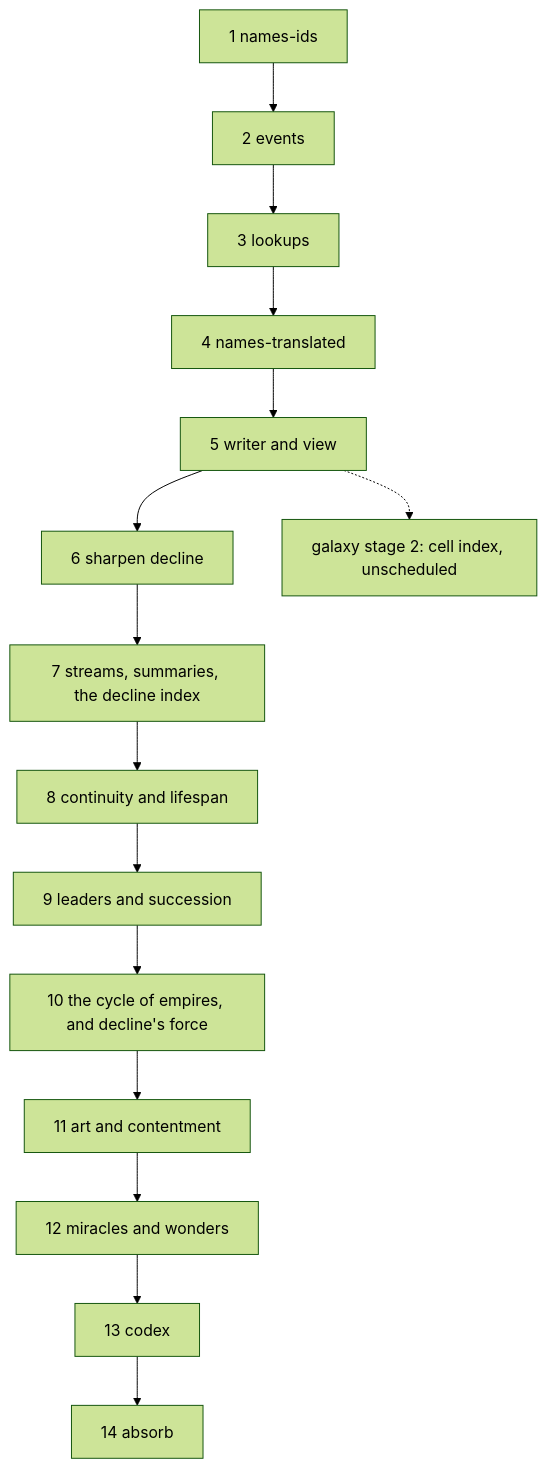
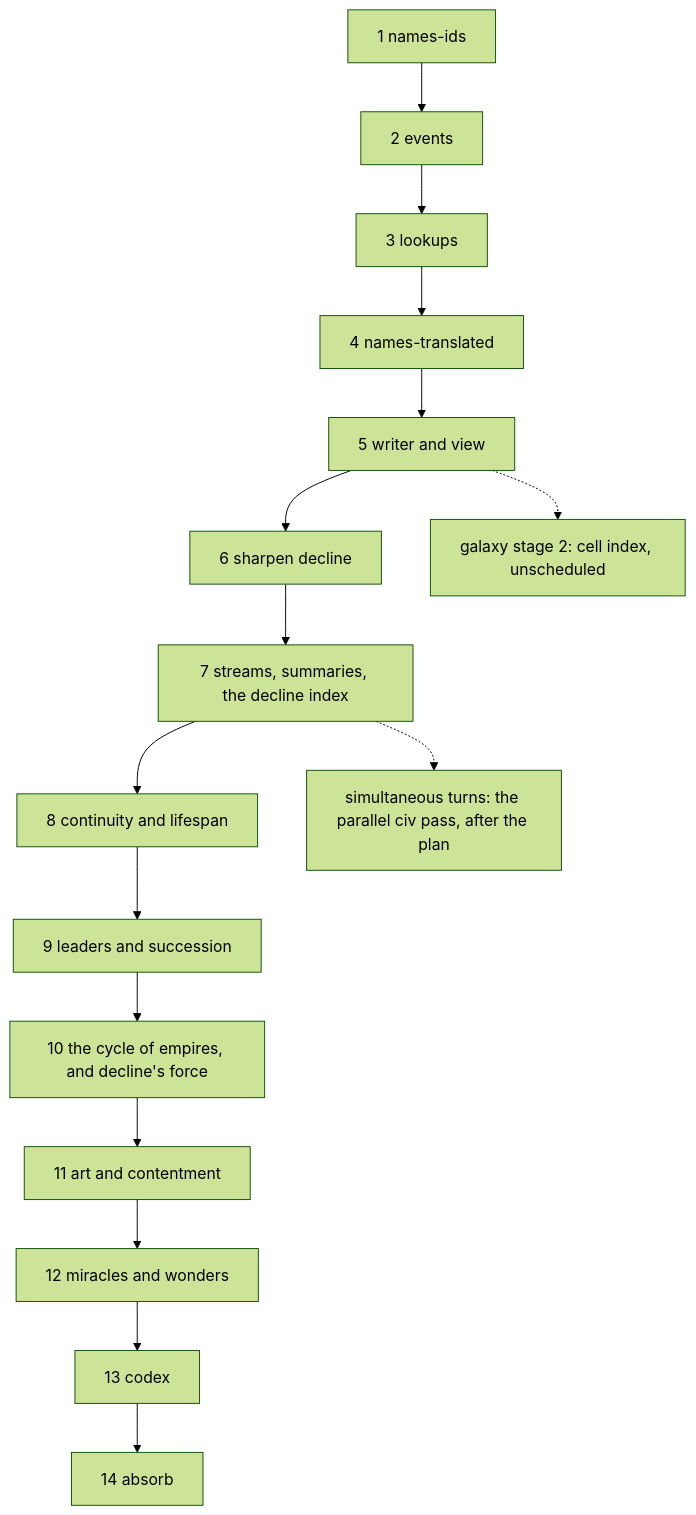
The diagram in specs/plan.md (aulme/older-than-their-sun), drawn with Mermaid (forest theme) before and after one commit. The commit also changed other lines of this file and 1 other file, not shown here.

First line of the commit message:
The parallel civ steps, measured and not taken

````diff
--- a/specs/plan.md
+++ b/specs/plan.md
@@ -10,17 +10,18 @@
 ```mermaid
 flowchart TD
   N1[1 names-ids] --> S1[2 events]
   S1 --> S2[3 lookups]
   S2 --> N2[4 names-translated]
   N2 --> S3[5 writer and view]
   S3 --> D0[6 sharpen decline]
   D0 --> D1[7 streams, summaries, the decline index]
   D1 --> C[8 continuity and lifespan]
   C --> L[9 leaders and succession]
   L --> E[10 the cycle of empires, and decline's force]
   E --> R[11 art and contentment]
   R --> M[12 miracles and wonders]
   M --> S4[13 codex]
   S4 --> A[14 absorb]
   S3 -.-> G2[galaxy stage 2: cell index, unscheduled]
+  D1 -.-> ST[simultaneous turns: the parallel civ pass, after the plan]
 ```
````
